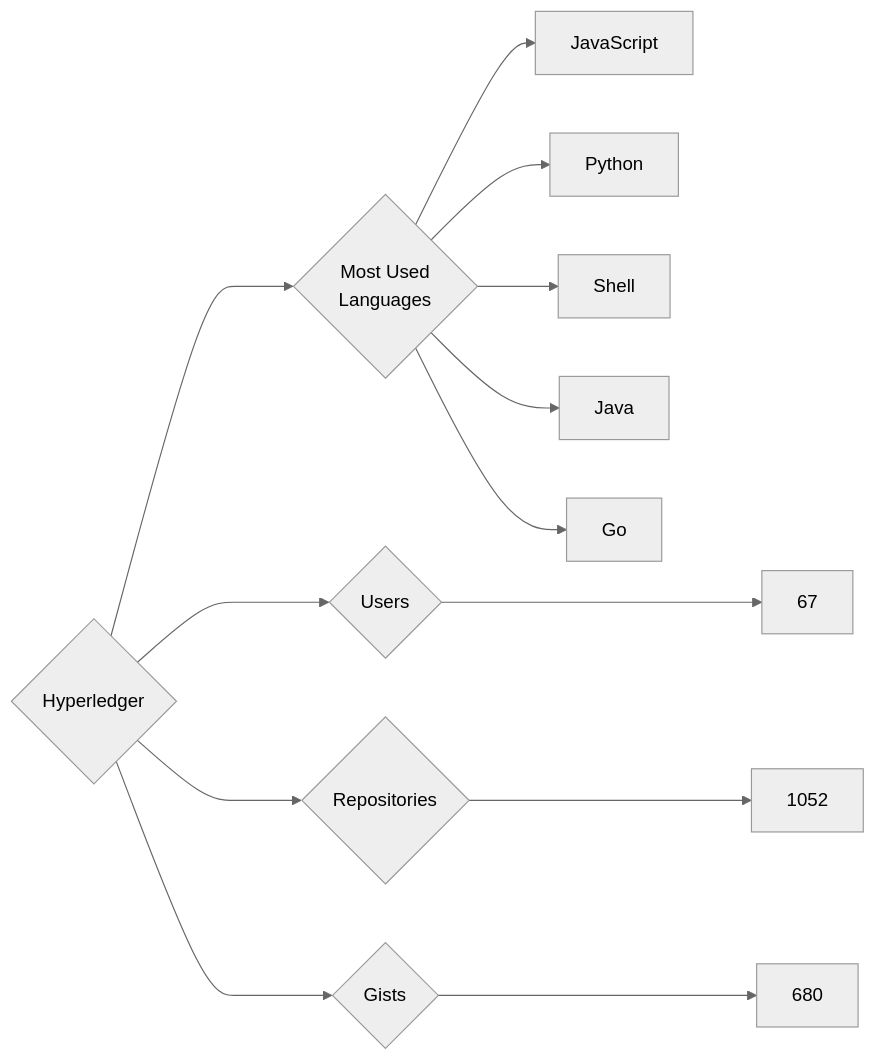
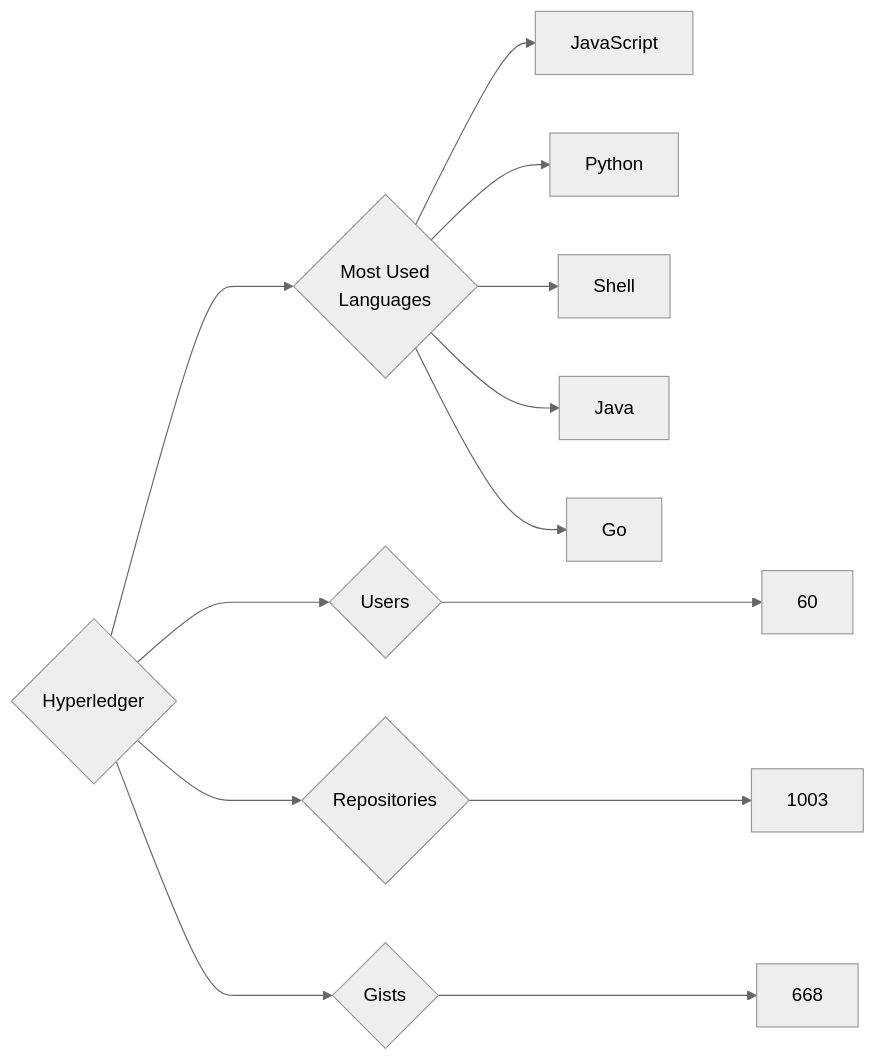
The diagram in targets/Hyperledger/README.md (trickest/insiders), drawn with Mermaid (neutral theme) before and after one commit. The commit also changed 681 other files, not shown here.

````diff
--- a/targets/Hyperledger/README.md
+++ b/targets/Hyperledger/README.md
@@ -3,13 +3,13 @@
 ```mermaid
 graph LR
 COMPANY_NAME{Hyperledger}
-COMPANY_NAME ---> U{Users} ---> UN[67]
-COMPANY_NAME ---> R{Repositories} ---> RN[1052]
-COMPANY_NAME ---> G{Gists} ---> GN[680]
+COMPANY_NAME ---> U{Users} ---> UN[60]
+COMPANY_NAME ---> R{Repositories} ---> RN[1003]
+COMPANY_NAME ---> G{Gists} ---> GN[668]
 COMPANY_NAME ---> ML{Most Used<br>Languages}
 ML --> JavaScript[JavaScript]
 ML --> Python[Python]
 ML --> Shell[Shell]
 ML --> Java[Java]
 ML --> Go[Go]
 ```
````
